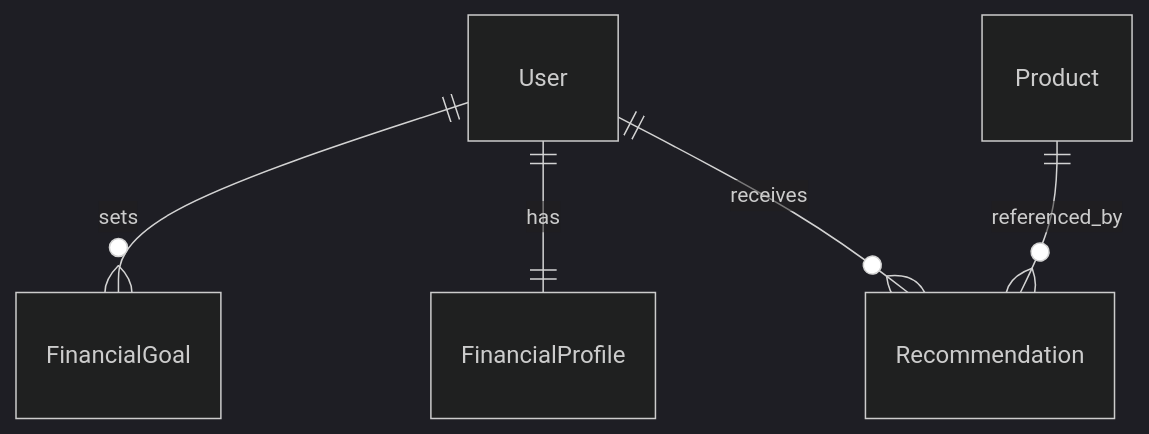
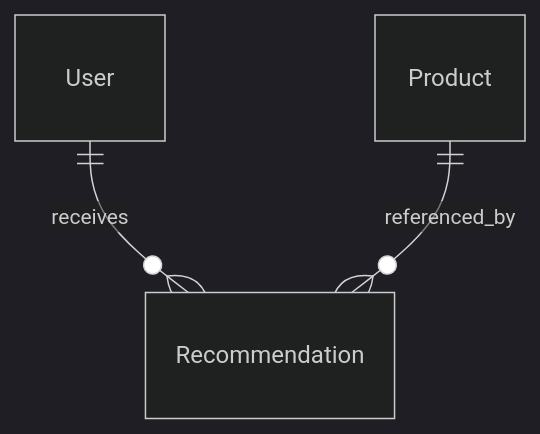
Before and after one commit to joaopaulodevv/compass: the sixth of 6 diagrams in docs/architecture.md, drawn with Mermaid (dark theme). The commit also changed other lines of this file and 5 other files, not shown here.

First line of the commit message:
docs: document goals, and why no FinancialProfile table exists

````diff
--- a/docs/architecture.md
+++ b/docs/architecture.md
@@ -241,7 +243,5 @@
 ```mermaid
 erDiagram
-    User ||--o{ FinancialGoal : sets
-    User ||--|| FinancialProfile : has
     User ||--o{ Recommendation : receives
     Product ||--o{ Recommendation : referenced_by
 ```
````
